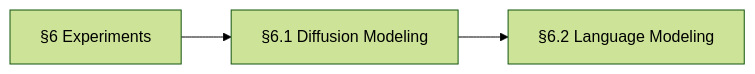
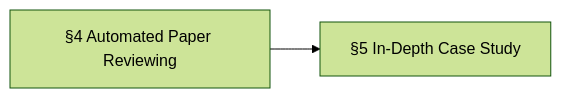
One commit to DarknessLED/dsh-loom changed diagram 17 of 18 in docs/research/work-r8-research-method-2026-11-25.md. Above: the diagram before and after it, drawn with Mermaid (forest theme). The commit also changed other lines of this file and 39 other files, not shown here.

````diff
--- a/docs/research/work-r8-research-method-2026-11-25.md
+++ b/docs/research/work-r8-research-method-2026-11-25.md
@@ -1667,8 +1605,6 @@
 ```mermaid
 flowchart LR
-  N0["§6 Experiments"]
-  N1["§6.1 Diffusion Modeling"]
-  N2["§6.2 Language Modeling"]
+  N0["§4 Automated Paper Reviewing"]
+  N1["§5 In-Depth Case Study"]
   N0 --> N1
-  N1 --> N2
 ```
````
